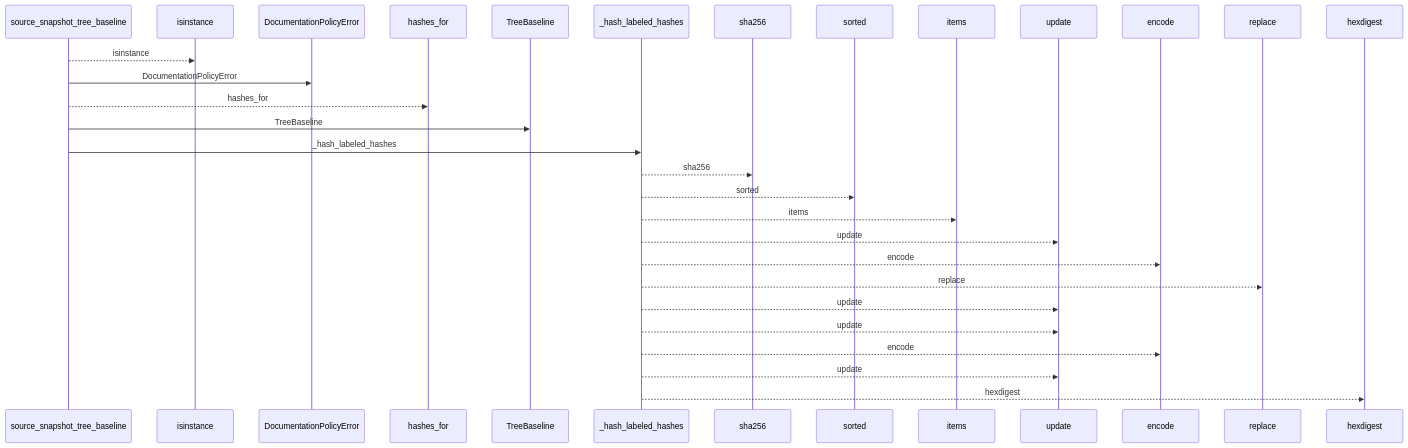
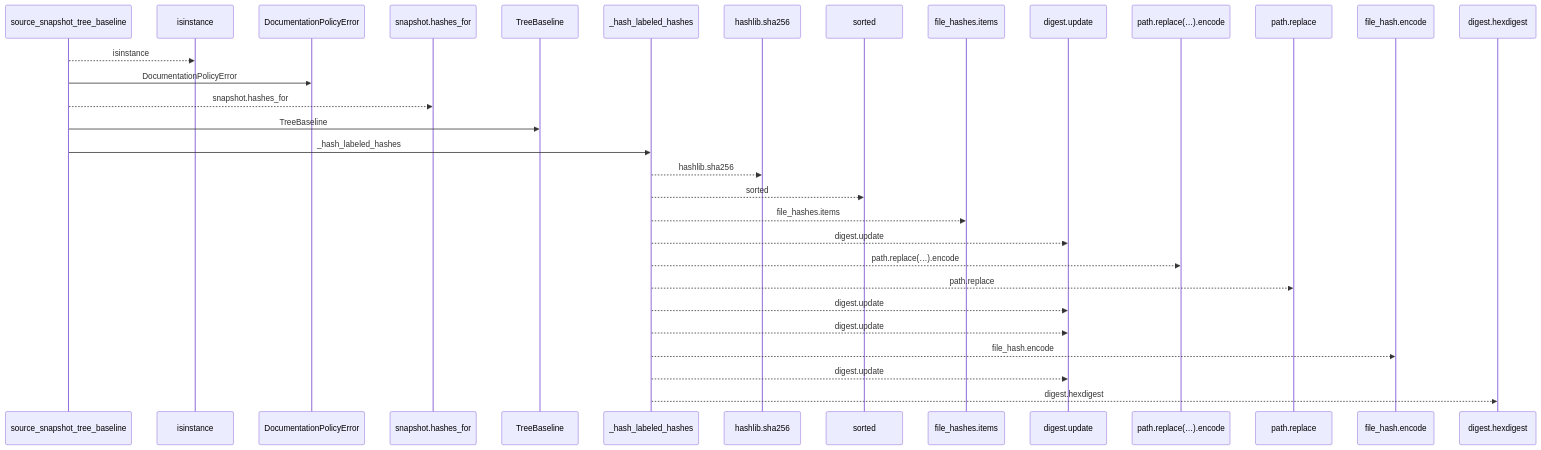
One commit to Denissvgn/python-wiki-llm changed the first of 2 diagrams in docs/llm_wiki/flows/api-source_snapshot_tree_baseline.md. Above: the diagram before and after it, drawn with Mermaid. The commit also changed other lines of this file and 719 other files, not shown here.

````diff
--- a/docs/llm_wiki/flows/api-source_snapshot_tree_baseline.md
+++ b/docs/llm_wiki/flows/api-source_snapshot_tree_baseline.md
@@ -10,32 +10,33 @@
 ```mermaid
 sequenceDiagram
     participant p0 as source_snapshot_tree_baseline
     participant p1 as isinstance
     participant p2 as DocumentationPolicyError
-    participant p3 as hashes_for
+    participant p3 as snapshot.hashes_for
     participant p4 as TreeBaseline
     participant p5 as _hash_labeled_hashes
-    participant p6 as sha256
+    participant p6 as hashlib.sha256
     participant p7 as sorted
-    participant p8 as items
-    participant p9 as update
-    participant p10 as encode
-    participant p11 as replace
-    participant p12 as hexdigest
+    participant p8 as file_hashes.items
+    participant p9 as digest.update
+    participant p10 as path.replace(…).encode
+    participant p11 as path.replace
+    participant p12 as file_hash.encode
+    participant p13 as digest.hexdigest
     p0-->>p1: isinstance
     p0->>p2: DocumentationPolicyError
-    p0-->>p3: hashes_for
+    p0-->>p3: snapshot.hashes_for
     p0->>p4: TreeBaseline
     p0->>p5: _hash_labeled_hashes
-    p5-->>p6: sha256
+    p5-->>p6: hashlib.sha256
     p5-->>p7: sorted
-    p5-->>p8: items
-    p5-->>p9: update
-    p5-->>p10: encode
-    p5-->>p11: replace
-    p5-->>p9: update
-    p5-->>p9: update
-    p5-->>p10: encode
-    p5-->>p9: update
-    p5-->>p12: hexdigest
+    p5-->>p8: file_hashes.items
+    p5-->>p9: digest.update
+    p5-->>p10: path.replace(…).encode
+    p5-->>p11: path.replace
+    p5-->>p9: digest.update
+    p5-->>p9: digest.update
+    p5-->>p12: file_hash.encode
+    p5-->>p9: digest.update
+    p5-->>p13: digest.hexdigest
 ```
````
